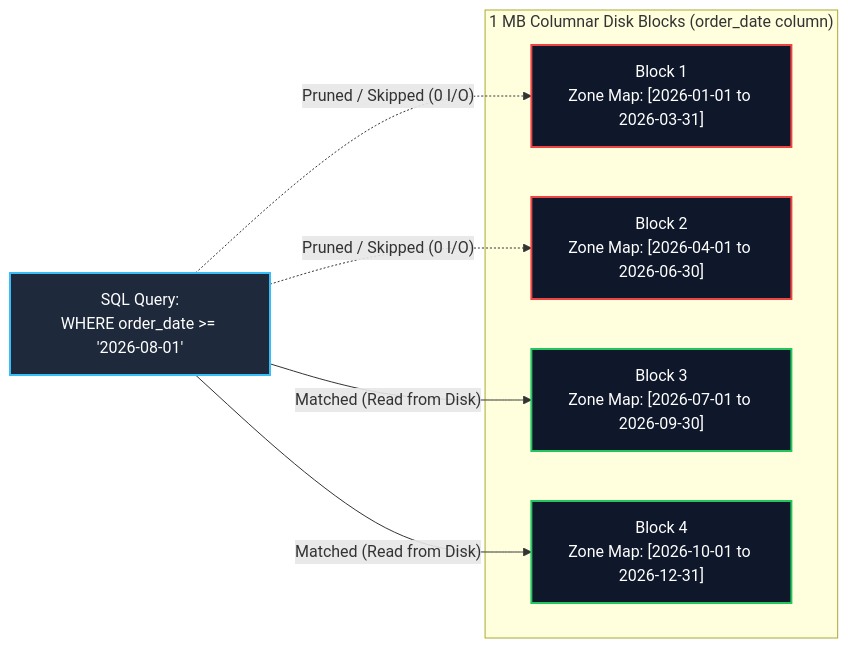
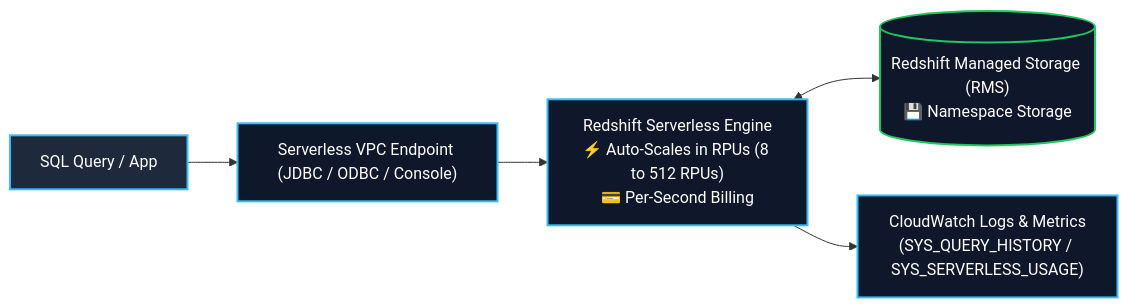
The sixth of 9 diagrams in content/02-services/database/redshift.md (Wathon/aws-dea-c01-note), drawn with Mermaid before and after one commit. The commit also changed other lines of this file, not shown here.

Commit message:
feat(redshift): comprehensively map and detail all 46 course slides (pages 220-265) into master study note

````diff
--- a/content/02-services/database/redshift.md
+++ b/content/02-services/database/redshift.md
@@ -178,24 +353,15 @@
 ```mermaid
 graph LR
-    subgraph DiskBlocks["1 MB Columnar Disk Blocks (order_date column)"]
-        Block1["Block 1<br/>Zone Map: [2026-01-01 to 2026-03-31]"]
-        Block2["Block 2<br/>Zone Map: [2026-04-01 to 2026-06-30]"]
-        Block3["Block 3<br/>Zone Map: [2026-07-01 to 2026-09-30]"]
-        Block4["Block 4<br/>Zone Map: [2026-10-01 to 2026-12-31]"]
-    end
+    User["SQL Query / App"] --> Endpoint["Serverless VPC Endpoint (JDBC / ODBC / Console)"]
+    Endpoint --> ScalingEngine["Redshift Serverless Engine<br/>⚡ Auto-Scales in RPUs (8 to 512 RPUs)<br/>💳 Per-Second Billing"]
+    ScalingEngine <--> RMS[("Redshift Managed Storage (RMS)<br/>💾 Namespace Storage")]
+    ScalingEngine --> Monitoring["CloudWatch Logs & Metrics<br/>(SYS_QUERY_HISTORY / SYS_SERVERLESS_USAGE)"]
 
-    Query["SQL Query:<br/>WHERE order_date >= '2026-08-01'"]
+    classDef user fill:#1e293b,stroke:#38bdf8,stroke-width:2px,color:#fff;
+    classDef serv fill:#0f172a,stroke:#38bdf8,stroke-width:2px,color:#fff;
+    classDef store fill:#0f172a,stroke:#22c55e,stroke-width:2px,color:#fff;
 
-    Query -.->|"Pruned / Skipped (0 I/O)"| Block1
-    Query -.->|"Pruned / Skipped (0 I/O)"| Block2
-    Query -->|"Matched (Read from Disk)"| Block3
-    Query -->|"Matched (Read from Disk)"| Block4
-
-    classDef q fill:#1e293b,stroke:#38bdf8,stroke-width:2px,color:#fff;
-    classDef skip fill:#0f172a,stroke:#ef4444,stroke-width:2px,color:#fff;
-    classDef match fill:#0f172a,stroke:#22c55e,stroke-width:2px,color:#fff;
-
-    class Query q;
-    class Block1,Block2 skip;
-    class Block3,Block4 match;
+    class User user;
+    class Endpoint,ScalingEngine,Monitoring serv;
+    class RMS store;
 ```
````
